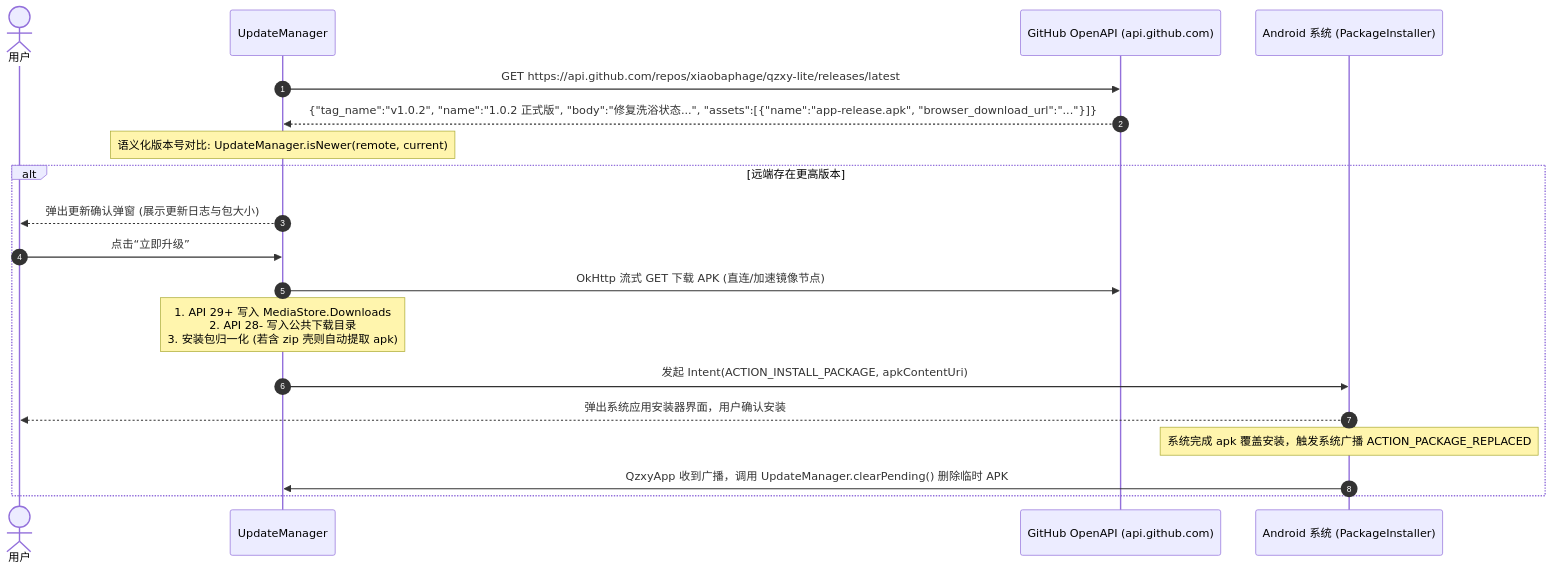
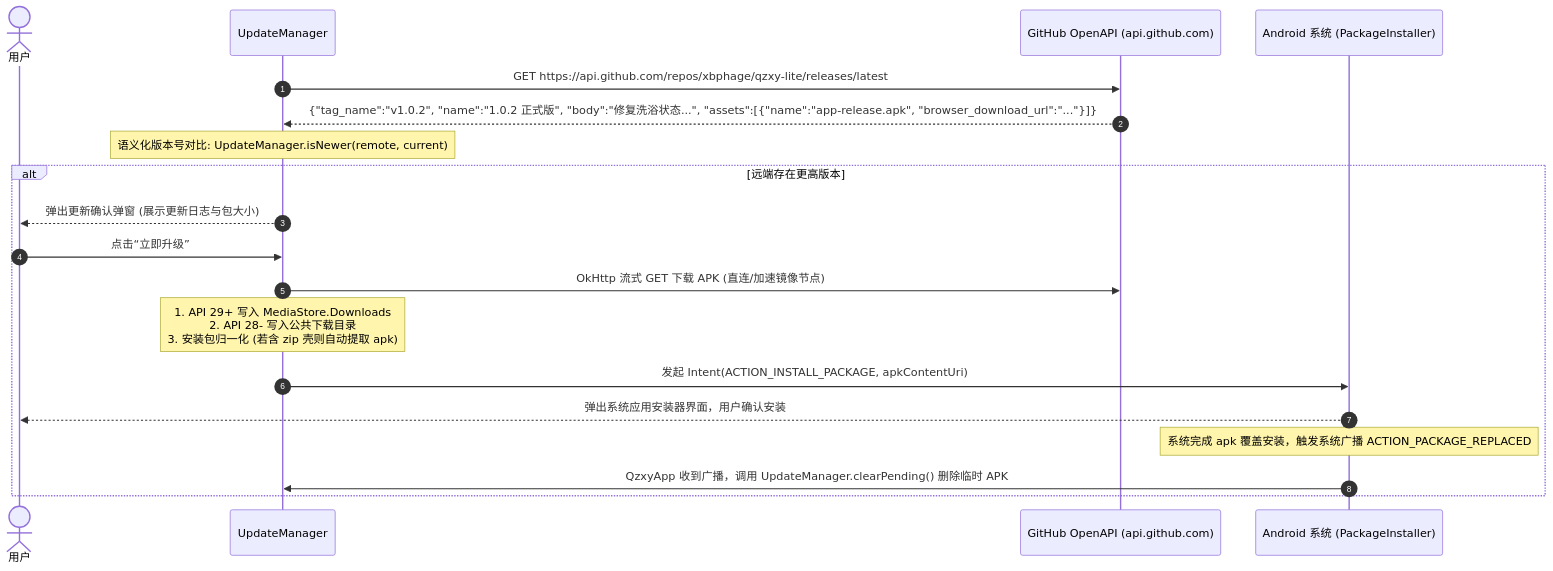
Before and after one commit to xbphage/qzxy-lite: the sixth of 6 diagrams in docs/02_业务调用时序图.md, drawn with Mermaid. The commit also changed 5 other files, not shown here.

Commit message:
chore: add gradle wrapper jar and update GitHub repository references to xbphage/qzxy-lite

````diff
--- a/docs/02_业务调用时序图.md
+++ b/docs/02_业务调用时序图.md
@@ -239,23 +239,23 @@
 ```mermaid
 sequenceDiagram
     autonumber
     actor User as 用户
     participant App as UpdateManager
     participant GitHub as GitHub OpenAPI (api.github.com)
     participant OS as Android 系统 (PackageInstaller)
 
-    App->>GitHub: GET https://api.github.com/repos/xiaobaphage/qzxy-lite/releases/latest
+    App->>GitHub: GET https://api.github.com/repos/xbphage/qzxy-lite/releases/latest
     GitHub-->>App: {"tag_name":"v1.0.2", "name":"1.0.2 正式版", "body":"修复洗浴状态...", "assets":[{"name":"app-release.apk", "browser_download_url":"..."}]}
     
     Note over App: 语义化版本号对比: UpdateManager.isNewer(remote, current)
     alt 远端存在更高版本
         App-->>User: 弹出更新确认弹窗 (展示更新日志与包大小)
         User->>App: 点击“立即升级”
         App->>GitHub: OkHttp 流式 GET 下载 APK (直连/加速镜像节点)
         Note over App: 1. API 29+ 写入 MediaStore.Downloads<br/>2. API 28- 写入公共下载目录<br/>3. 安装包归一化 (若含 zip 壳则自动提取 apk)
         App->>OS: 发起 Intent(ACTION_INSTALL_PACKAGE, apkContentUri)
         OS-->>User: 弹出系统应用安装器界面，用户确认安装
         Note over OS: 系统完成 apk 覆盖安装，触发系统广播 ACTION_PACKAGE_REPLACED
         OS->>App: QzxyApp 收到广播，调用 UpdateManager.clearPending() 删除临时 APK
     end
 ```
````
